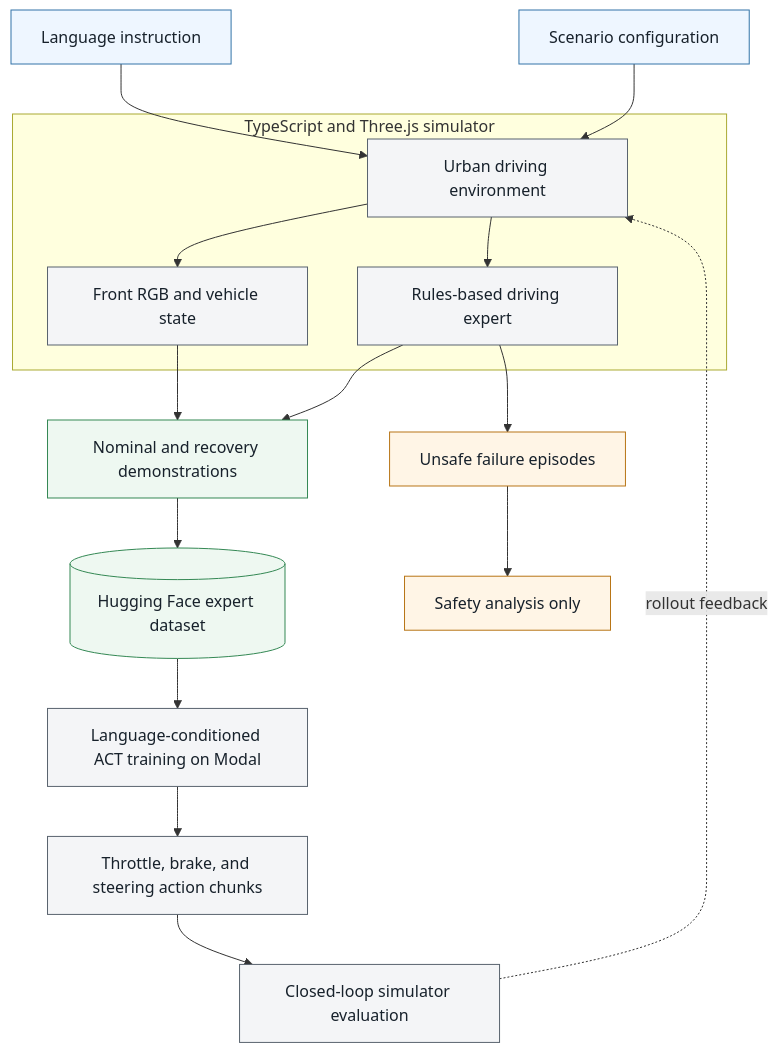
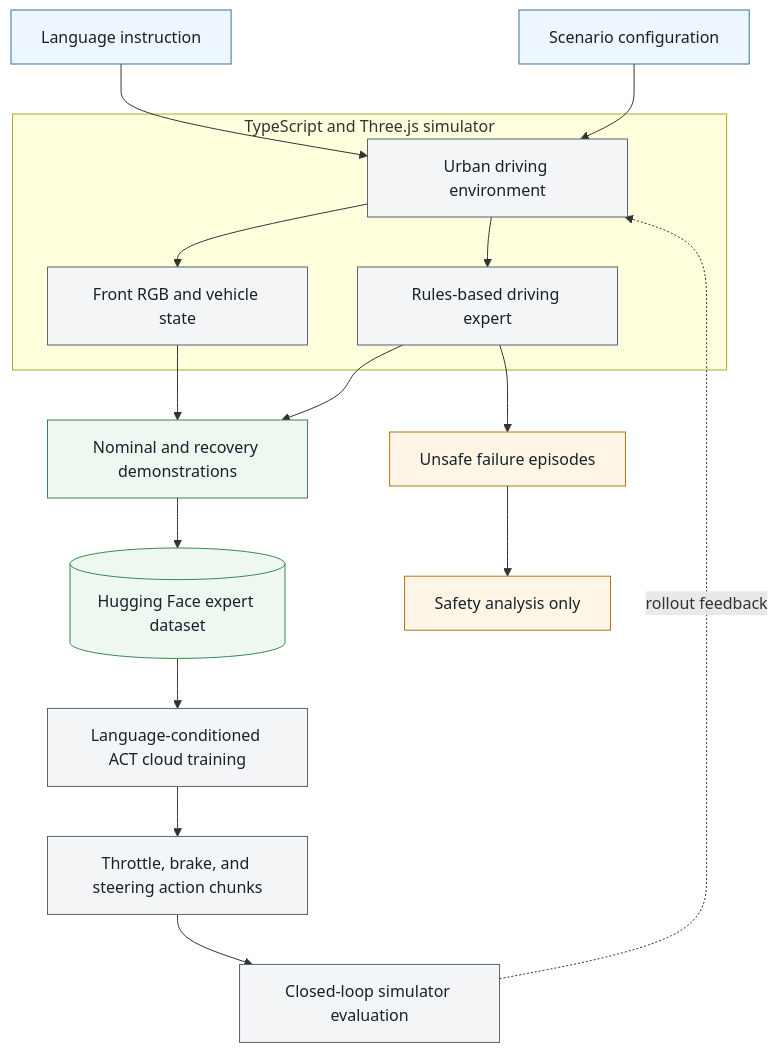
One commit to Mayankpratapsingh022/Action_Chunking_Transformer_Autonomous_Driving changed the diagram in README.md. Above: the diagram before and after it, drawn with Mermaid. The commit also changed other lines of this file and 19 other files, not shown here.

First line of the commit message:
feat(training): add ACT training workflow

````diff
--- a/README.md
+++ b/README.md
@@ -24,36 +24,36 @@
 ```mermaid
 flowchart TD
     instruction[Language instruction]
     scenario[Scenario configuration]
 
     subgraph simulator[TypeScript and Three.js simulator]
         world[Urban driving environment]
         observation[Front RGB and vehicle state]
         expert[Rules-based driving expert]
         world --> observation
         world --> expert
     end
 
     instruction --> world
     scenario --> world
     observation --> demonstrations[Nominal and recovery demonstrations]
     expert --> demonstrations
     expert --> failures[Unsafe failure episodes]
 
     demonstrations --> dataset[(Hugging Face expert dataset)]
     failures --> analysis[Safety analysis only]
-    dataset --> training[Language-conditioned ACT training on Modal]
+    dataset --> training[Language-conditioned ACT cloud training]
     training --> chunks[Throttle, brake, and steering action chunks]
     chunks --> evaluation[Closed-loop simulator evaluation]
     evaluation -. rollout feedback .-> world
 
     classDef input fill:#eef6ff,stroke:#3273a8,color:#17212b;
     classDef system fill:#f4f5f7,stroke:#59636e,color:#17212b;
     classDef data fill:#eef8f1,stroke:#348854,color:#17212b;
     classDef warning fill:#fff5e6,stroke:#b87516,color:#17212b;
 
     class instruction,scenario input;
     class world,observation,expert,training,chunks,evaluation system;
     class demonstrations,dataset data;
     class failures,analysis warning;
 ```
````
